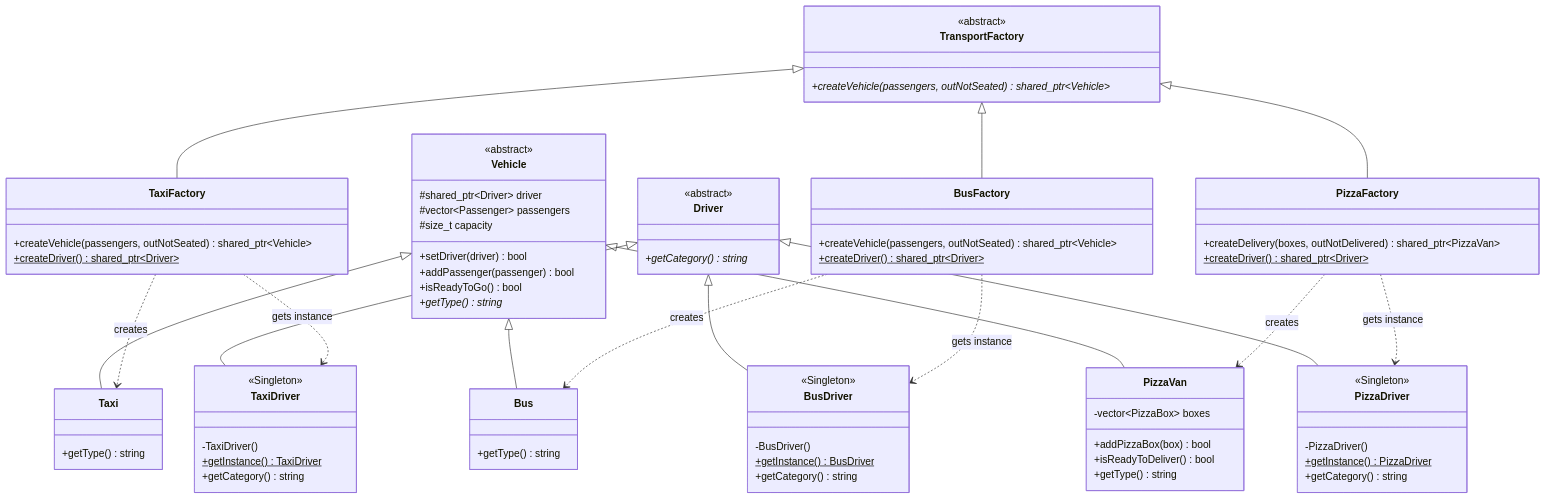
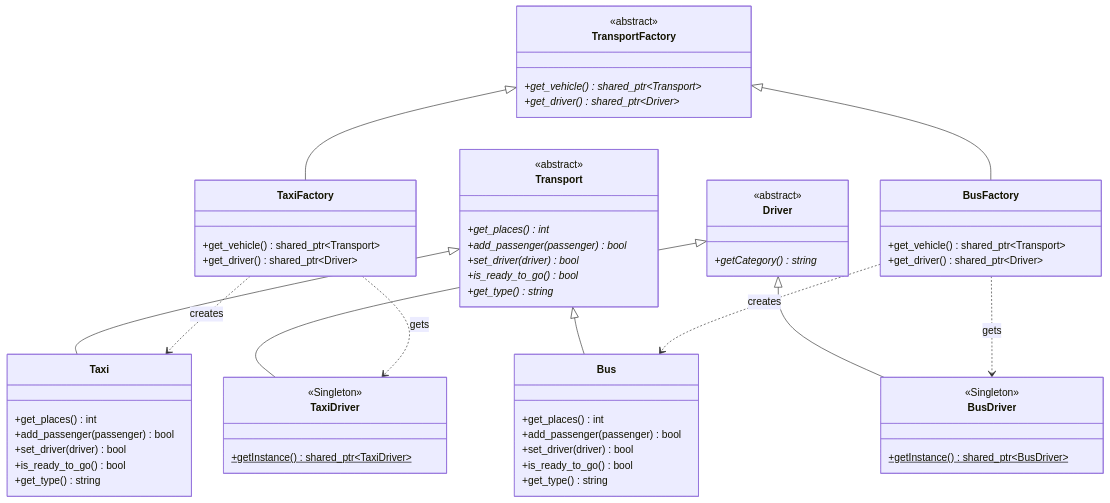
The first of 2 diagrams in software-architecture/lab-1/README.md (ivan-aleschin/uni), drawn with Mermaid before and after one commit. The commit also changed other lines of this file and 22 other files, not shown here.

````diff
--- a/software-architecture/lab-1/README.md
+++ b/software-architecture/lab-1/README.md
@@ -31,83 +29,66 @@
 ```mermaid
 classDiagram
-    class Vehicle {
+    class TransportFactory {
         <<abstract>>
-        #shared_ptr~Driver~ driver
-        #vector~Passenger~ passengers
-        #size_t capacity
-        +setDriver(driver) bool
-        +addPassenger(passenger) bool
-        +isReadyToGo() bool
-        +getType()* string
+        +get_vehicle()* shared_ptr~Transport~
+        +get_driver()* shared_ptr~Driver~
     }
+    class TaxiFactory {
+        +get_vehicle() shared_ptr~Transport~
+        +get_driver() shared_ptr~Driver~
+    }
+    class BusFactory {
+        +get_vehicle() shared_ptr~Transport~
+        +get_driver() shared_ptr~Driver~
+    }
+    
+    TransportFactory <|-- TaxiFactory
+    TransportFactory <|-- BusFactory
+
+    class Transport {
+        <<abstract>>
+        +get_places()* int
+        +add_passenger(passenger)* bool
+        +set_driver(driver)* bool
+        +is_ready_to_go()* bool
+        +get_type()* string
+    }
+    class Taxi {
+        +get_places() int
+        +add_passenger(passenger) bool
+        +set_driver(driver) bool
+        +is_ready_to_go() bool
+        +get_type() string
+    }
+    class Bus {
+        +get_places() int
+        +add_passenger(passenger) bool
+        +set_driver(driver) bool
+        +is_ready_to_go() bool
+        +get_type() string
+    }
+    
+    Transport <|-- Taxi
+    Transport <|-- Bus
+
     class Driver {
         <<abstract>>
         +getCategory()* string
     }
-    class TransportFactory {
-        <<abstract>>
-        +createVehicle(passengers, outNotSeated)* shared_ptr~Vehicle~
-    }
-    
-    Vehicle <|-- Taxi
-    Vehicle <|-- Bus
-    Vehicle <|-- PizzaVan
-    Driver <|-- TaxiDriver
-    Driver <|-- BusDriver
-    Driver <|-- PizzaDriver
-    TransportFactory <|-- TaxiFactory
-    TransportFactory <|-- BusFactory
-    TransportFactory <|-- PizzaFactory
-
-    class Taxi {
-        +getType() string
-    }
-    class Bus {
-        +getType() string
-    }
-    class PizzaVan {
-        -vector~PizzaBox~ boxes
-        +addPizzaBox(box) bool
-        +isReadyToDeliver() bool
-        +getType() string
-    }
-
     class TaxiDriver {
         <<Singleton>>
-        -TaxiDriver()
-        +getInstance()$ TaxiDriver
-        +getCategory() string
+        +getInstance()$ shared_ptr~TaxiDriver~
     }
     class BusDriver {
         <<Singleton>>
-        -BusDriver()
-        +getInstance()$ BusDriver
-        +getCategory() string
+        +getInstance()$ shared_ptr~BusDriver~
     }
-    class PizzaDriver {
-        <<Singleton>>
-        -PizzaDriver()
-        +getInstance()$ PizzaDriver
-        +getCategory() string
-    }
-
-    class TaxiFactory {
-        +createVehicle(passengers, outNotSeated) shared_ptr~Vehicle~
-        +createDriver()$ shared_ptr~Driver~
-    }
-    class BusFactory {
-        +createVehicle(passengers, outNotSeated) shared_ptr~Vehicle~
-        +createDriver()$ shared_ptr~Driver~
-    }
-    class PizzaFactory {
-        +createDelivery(boxes, outNotDelivered) shared_ptr~PizzaVan~
-        +createDriver()$ shared_ptr~Driver~
-    }
-
+    
+    Driver <|-- TaxiDriver
+    Driver <|-- BusDriver
+    
     TaxiFactory ..> Taxi : creates
-    TaxiFactory ..> TaxiDriver : gets instance
+    TaxiFactory ..> TaxiDriver : gets
     BusFactory ..> Bus : creates
-    BusFactory ..> BusDriver : gets instance
-    PizzaFactory ..> PizzaVan : creates
-    PizzaFactory ..> PizzaDriver : gets instance
+    BusFactory ..> BusDriver : gets
 ```
````
